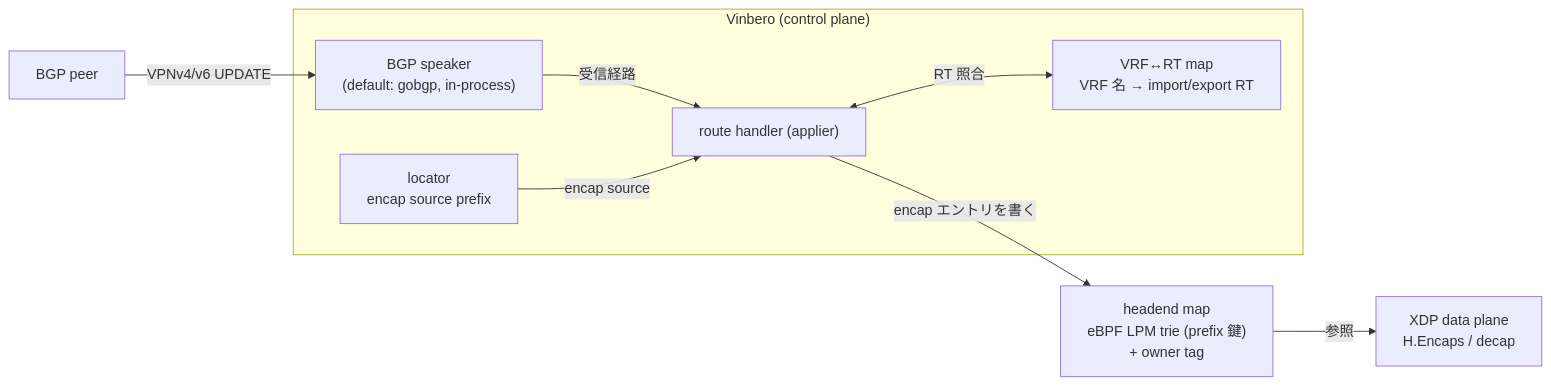
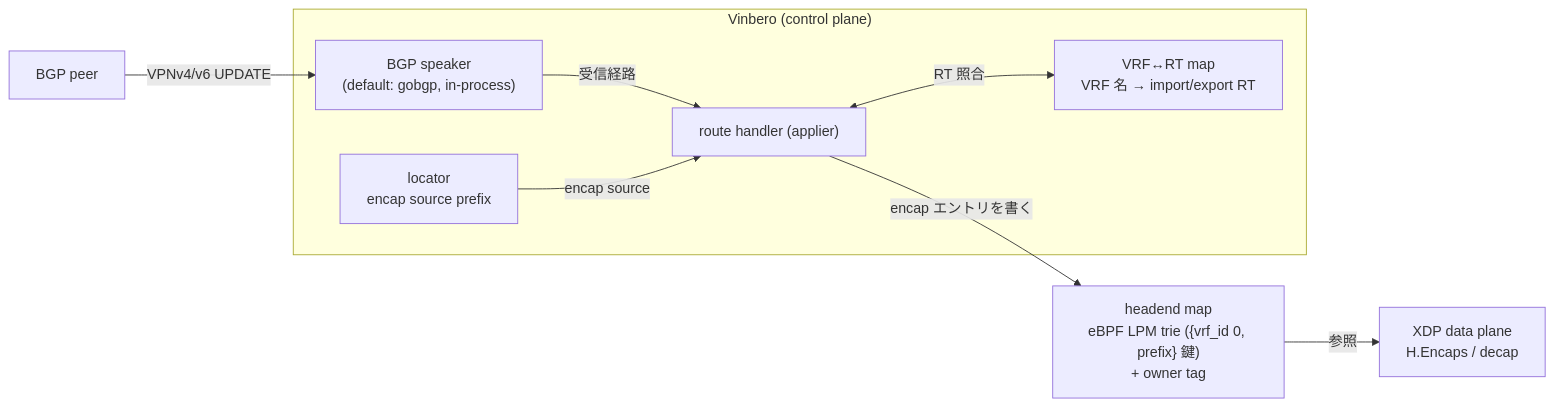
The second of 11 diagrams in docs/design/ja/srv6_bgp.md (takehaya/Vinbero), drawn with Mermaid before and after one commit. The commit also changed other lines of this file and 8 other files, not shown here.

Commit message:
docs: describe the {vrf_id, prefix} headend key and pin compatibility

````diff
--- a/docs/design/ja/srv6_bgp.md
+++ b/docs/design/ja/srv6_bgp.md
@@ -64,19 +64,19 @@
 ```mermaid
 flowchart LR
     PEER["BGP peer"]
     subgraph VB["Vinbero (control plane)"]
         SPK["BGP speaker<br/>(default: gobgp, in-process)"]
         APP["route handler (applier)"]
         VRFRT["VRF↔RT map<br/>VRF 名 → import/export RT"]
         LOC["locator<br/>encap source prefix"]
     end
-    HM["headend map<br/>eBPF LPM trie (prefix 鍵)<br/>+ owner tag"]
+    HM["headend map<br/>eBPF LPM trie ({vrf_id 0, prefix} 鍵)<br/>+ owner tag"]
     XDP["XDP data plane<br/>H.Encaps / decap"]
 
     PEER -->|VPNv4/v6 UPDATE| SPK
     SPK -->|受信経路| APP
     APP <-->|RT 照合| VRFRT
     LOC -->|encap source| APP
     APP -->|encap エントリを書く| HM
     HM -->|参照| XDP
 ```
````
